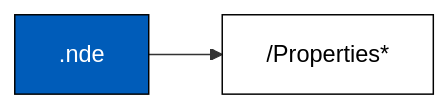
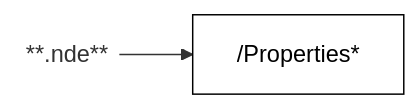
Before and after one commit to Evident-Industrial/NDE_Open_File_Format: the first of 2 diagrams in site/docs/json-metadata/properties/index.md, drawn with Mermaid. The commit also changed other lines of this file and 90 other files, not shown here.

````diff
--- a/site/docs/json-metadata/properties/index.md
+++ b/site/docs/json-metadata/properties/index.md
@@ -3,7 +3,8 @@
 ``` mermaid
 flowchart LR
-  .nde[.nde]:::root --> Properties["/Properties*"]:::dataset
-  classDef root fill:#005cb9,stroke:#000000,color:#fff
+  .nde[**.nde**]:::root --> Properties["/Properties*"]:::dataset
+  .nde@{ shape: text}
+  classDef root fill:#fff
   classDef group fill:#ffc72c,stroke:#000000,color:#000000
   classDef dataset fill:#fff,stroke:#000000,color:#000000
 ```
````
